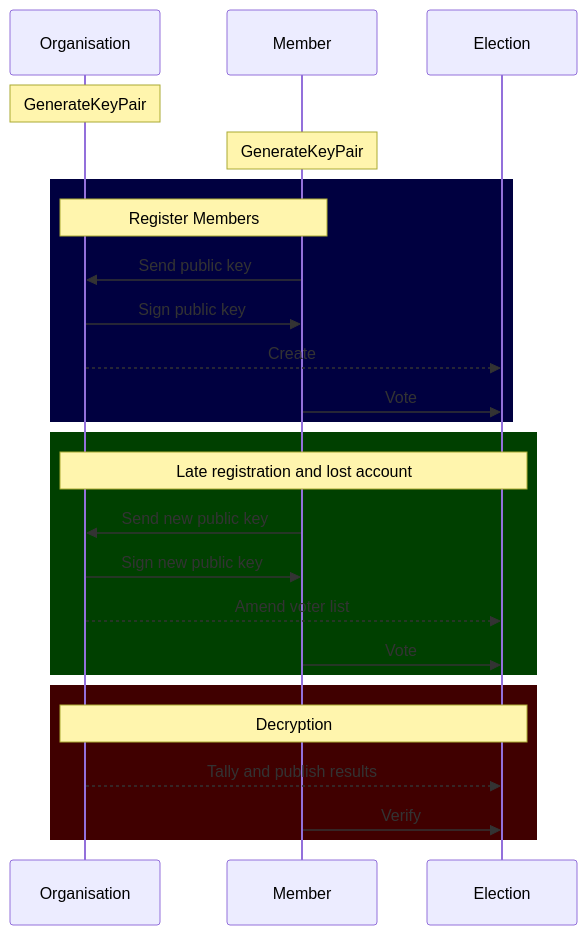
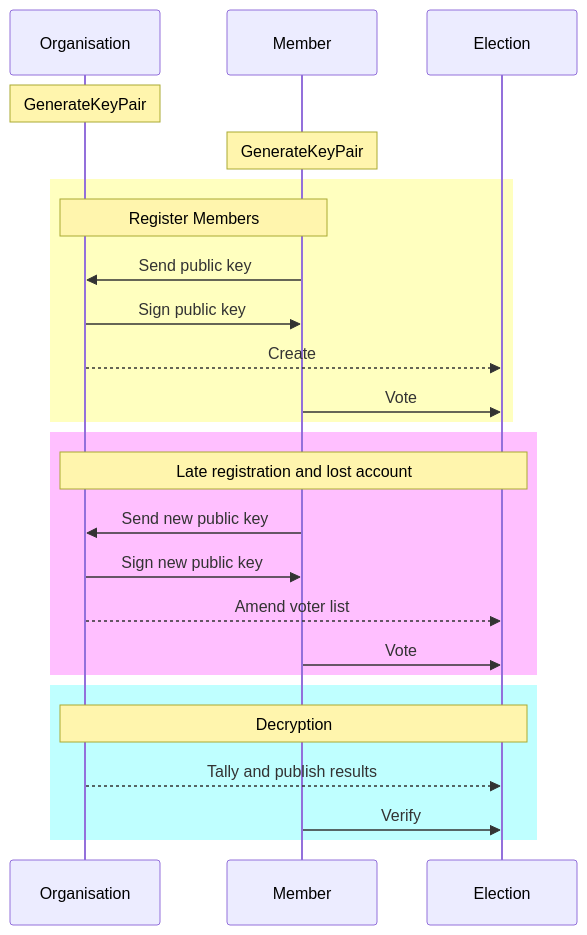
The diagram in docs/README.md (mjal/scrutin), drawn with Mermaid before and after one commit.

Commit message:
chore: change color for github light theme

````diff
--- a/docs/README.md
+++ b/docs/README.md
@@ -26,28 +26,28 @@
 ```mermaid
 sequenceDiagram
     participant Organisation
     participant Member
     participant Election
 
 	Note over Organisation: GenerateKeyPair
 	Note over Member: GenerateKeyPair
-    rect rgb(0, 0, 64)
+    rect rgb(255, 255, 191)
 	Note over Member,Organisation: Register Members
     Member->>Organisation: Send public key
     Organisation->>Member: Sign public key
     Organisation-->>Election: Create
     Member->>Election: Vote
     end
-    rect rgb(0, 64, 0)
+    rect rgb(255, 191, 255)
 	Note over Organisation,Election: Late registration and lost account
     Member->>Organisation: Send new public key
     Organisation->>Member: Sign new public key
     Organisation-->>Election: Amend voter list
     Member->>Election: Vote
     end
-    rect rgb(64, 0, 0)
+    rect rgb(191, 255, 255)
 	Note over Organisation,Election: Decryption
     Organisation-->>Election: Tally and publish results
     Member->>Election: Verify
     end
 ```
````
